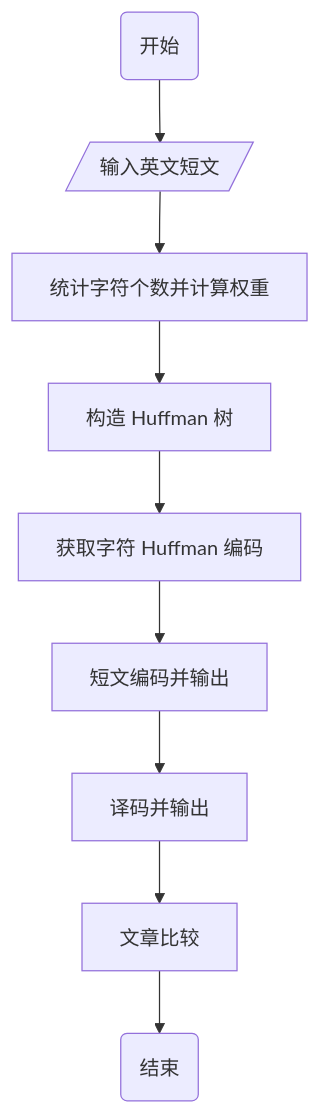
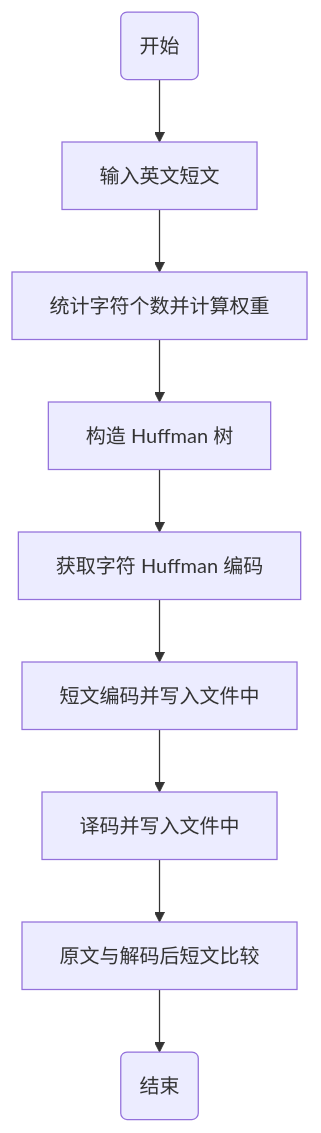
The first of 2 diagrams in OUCDS/3/README.md (SunYufei/OI), drawn with Mermaid before and after one commit. The commit also changed other lines of this file and 3 other files, not shown here.

````diff
--- a/OUCDS/3/README.md
+++ b/OUCDS/3/README.md
@@ -48,15 +58,15 @@
 ```mermaid
 graph TD
 
 st(开始)
-input[/输入英文短文/]
+input[输入英文短文]
 stat[统计字符个数并计算权重]
 build[构造 Huffman 树]
 get[获取字符 Huffman 编码]
-en[短文编码并输出]
-de[译码并输出]
-cmp[文章比较]
+en[短文编码并写入文件中]
+de[译码并写入文件中]
+cmp[原文与解码后短文比较]
 stop(结束)
 
 st-->input-->stat-->build-->get-->en-->de-->cmp-->stop
 ```
````
